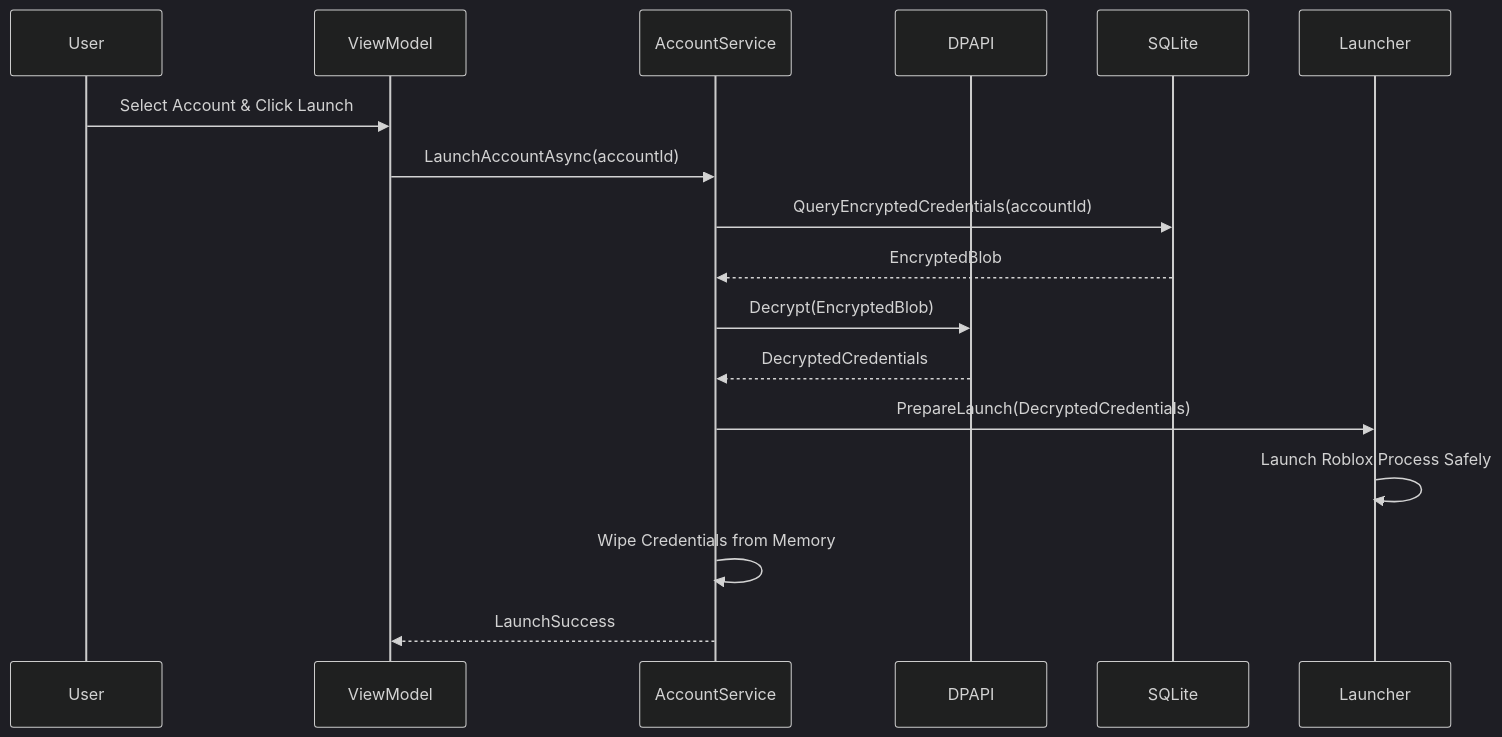
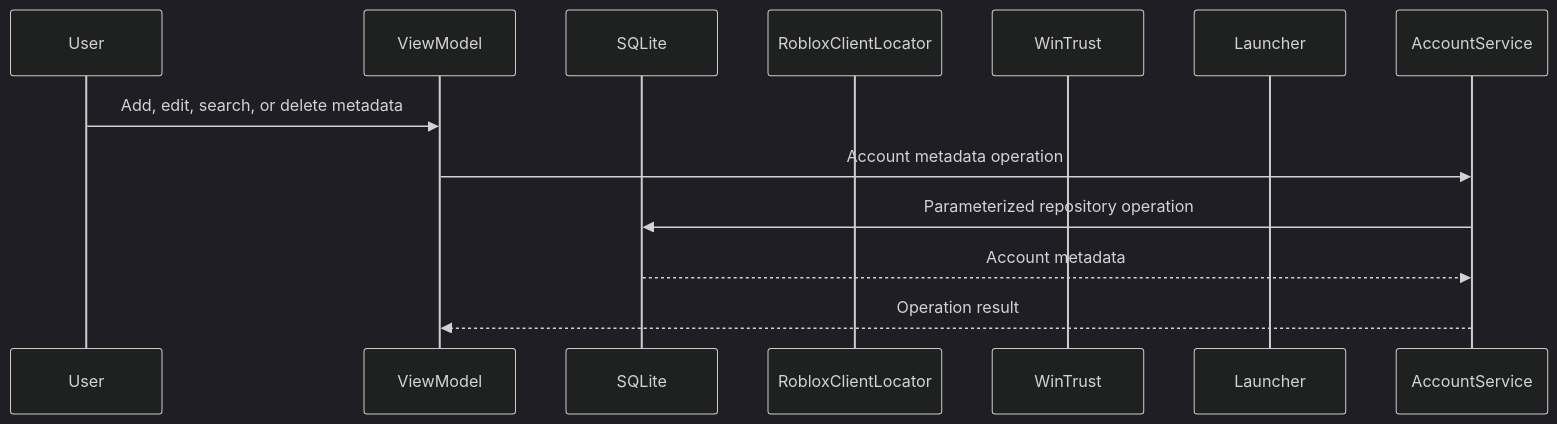
Before and after one commit to ace347/Roblox-Manager-Plus: the second of 2 diagrams in docs/ARCHITECTURE.md, drawn with Mermaid (dark theme). The commit also changed other lines of this file and 53 other files, not shown here.

````diff
--- a/docs/ARCHITECTURE.md
+++ b/docs/ARCHITECTURE.md
@@ -45,20 +44,15 @@
 ```mermaid
 sequenceDiagram
     participant User
     participant ViewModel
-    participant AccountService
-    participant DPAPI
     participant SQLite
+    participant RobloxClientLocator
+    participant WinTrust
     participant Launcher
 
-    User->>ViewModel: Select Account & Click Launch
-    ViewModel->>AccountService: LaunchAccountAsync(accountId)
-    AccountService->>SQLite: QueryEncryptedCredentials(accountId)
-    SQLite-->>AccountService: EncryptedBlob
-    AccountService->>DPAPI: Decrypt(EncryptedBlob)
-    DPAPI-->>AccountService: DecryptedCredentials
-    AccountService->>Launcher: PrepareLaunch(DecryptedCredentials)
-    Launcher->>Launcher: Launch Roblox Process Safely
-    AccountService->>AccountService: Wipe Credentials from Memory
-    AccountService-->>ViewModel: LaunchSuccess
+    User->>ViewModel: Add, edit, search, or delete metadata
+    ViewModel->>AccountService: Account metadata operation
+    AccountService->>SQLite: Parameterized repository operation
+    SQLite-->>AccountService: Account metadata
+    AccountService-->>ViewModel: Operation result
 ```
````
